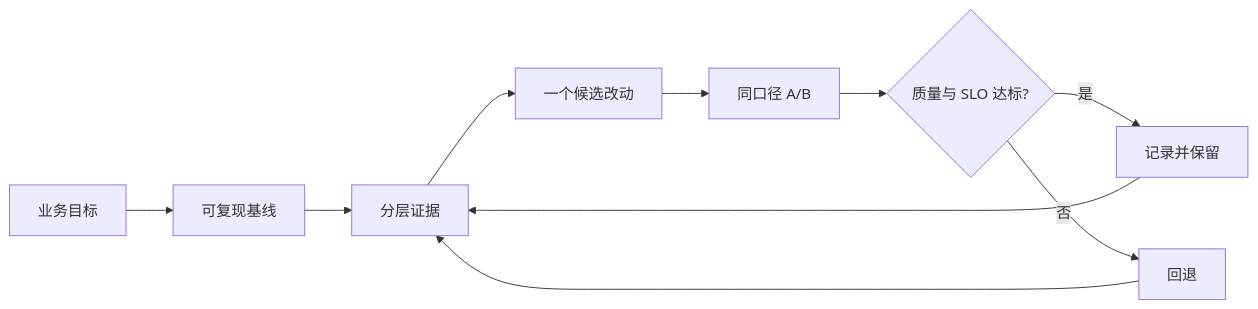
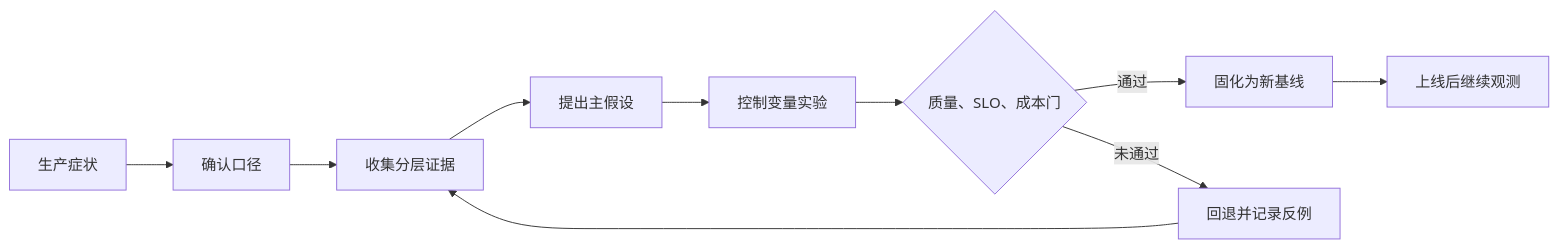
Before and after one commit to caomaolufei/AIInfraGuide: the first of 9 diagrams in docs/guides/模块四-推理优化/第11章-推理优化选型与端到端实战/11.1-优化选型决策树.md, drawn with Mermaid. The commit also changed other lines of this file and 53 other files, not shown here.

````diff
--- a/docs/guides/模块四-推理优化/第11章-推理优化选型与端到端实战/11.1-优化选型决策树.md
+++ b/docs/guides/模块四-推理优化/第11章-推理优化选型与端到端实战/11.1-优化选型决策树.md
@@ -30,12 +77,12 @@
 ```mermaid
 flowchart LR
-    Goal["业务目标"] --> Baseline["可复现基线"]
-    Baseline --> Evidence["分层证据"]
-    Evidence --> Change["一个候选改动"]
-    Change --> Test["同口径 A/B"]
-    Test --> Gate{"质量与 SLO 达标?"}
-    Gate -- 是 --> Keep["记录并保留"]
-    Gate -- 否 --> Rollback["回退"]
-    Keep --> Evidence
-    Rollback --> Evidence
+    S["生产症状"] --> C["确认口径"]
+    C --> E["收集分层证据"]
+    E --> H["提出主假设"]
+    H --> X["控制变量实验"]
+    X --> G{"质量、SLO、成本门"}
+    G -- 通过 --> B["固化为新基线"]
+    G -- 未通过 --> R["回退并记录反例"]
+    B --> O["上线后继续观测"]
+    R --> E
 ```
````
